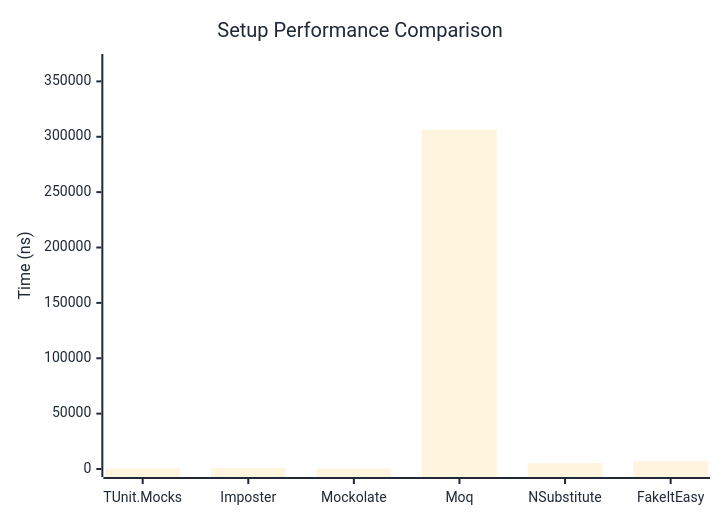
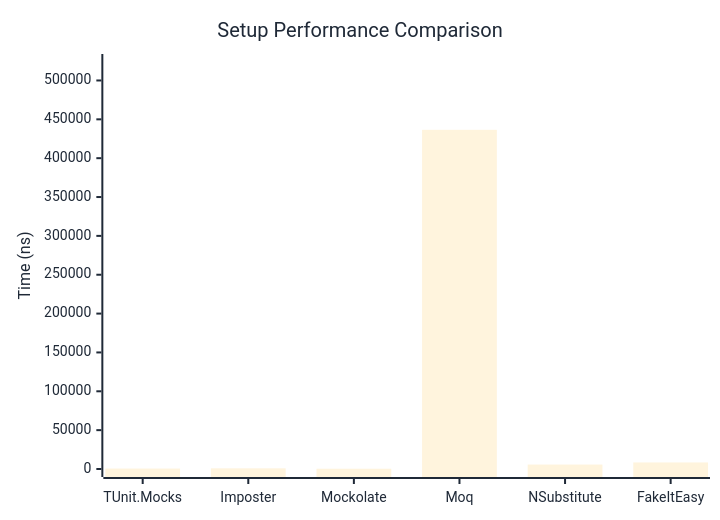
The first of 2 diagrams in docs/docs/benchmarks/mocks/Setup.md (thomhurst/TUnit), drawn with Mermaid before and after one commit. The commit also changed other lines of this file and 14 other files, not shown here.

````diff
--- a/docs/docs/benchmarks/mocks/Setup.md
+++ b/docs/docs/benchmarks/mocks/Setup.md
@@ -30,27 +30,27 @@
 ```mermaid
 %%{init: {
   'theme':'base',
   'themeVariables': {
     'primaryColor': '#2563eb',
     'primaryTextColor': '#1f2937',
     'primaryBorderColor': '#1e40af',
     'lineColor': '#6b7280',
     'secondaryColor': '#7c3aed',
     'tertiaryColor': '#dc2626',
     'background': '#ffffff',
     'pie1': '#2563eb',
     'pie2': '#7c3aed',
     'pie3': '#dc2626',
     'pie4': '#f59e0b',
     'pie5': '#10b981',
     'pie6': '#06b6d4',
     'pie7': '#ec4899',
     'pie8': '#6366f1'
   }
 }}%%
 xychart-beta
   title "Setup Performance Comparison"
   x-axis ["TUnit.Mocks", "Imposter", "Mockolate", "Moq", "NSubstitute", "FakeItEasy"]
-  y-axis "Time (ns)" 0 --> 367502
-  bar [559.3, 781, 327.7, 306250.9, 5281.6, 7069.9]
+  y-axis "Time (ns)" 0 --> 523775
+  bar [551.5, 858.6, 324.6, 436478.9, 5709.2, 8449.8]
 ```
````
